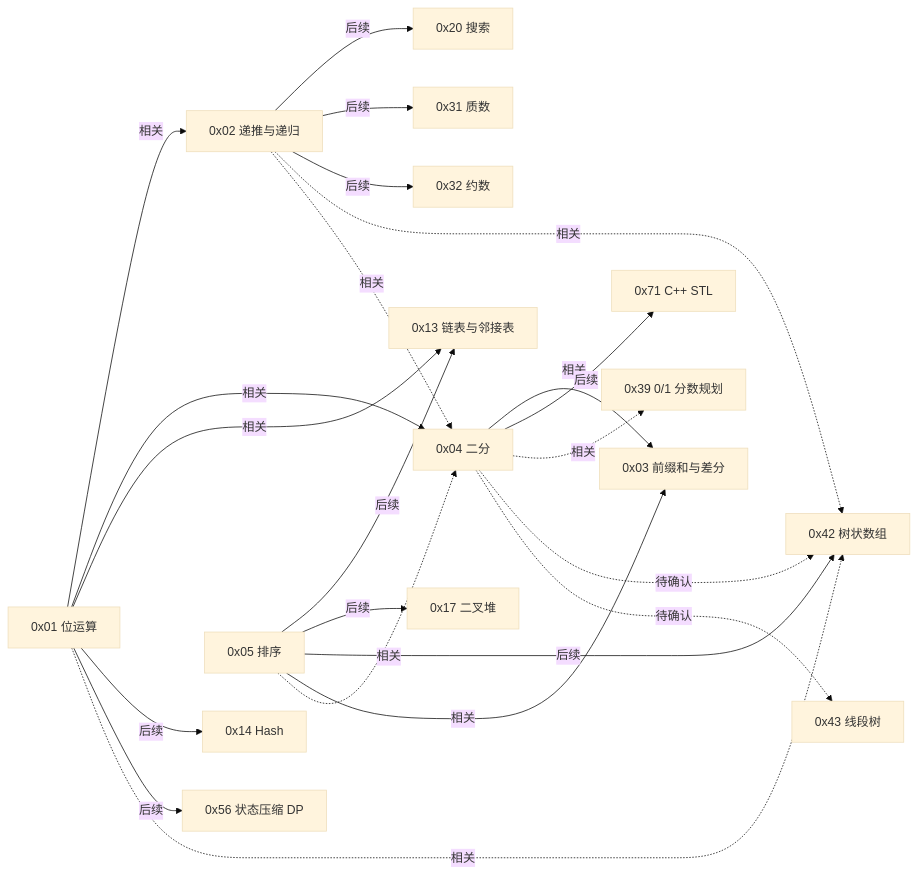
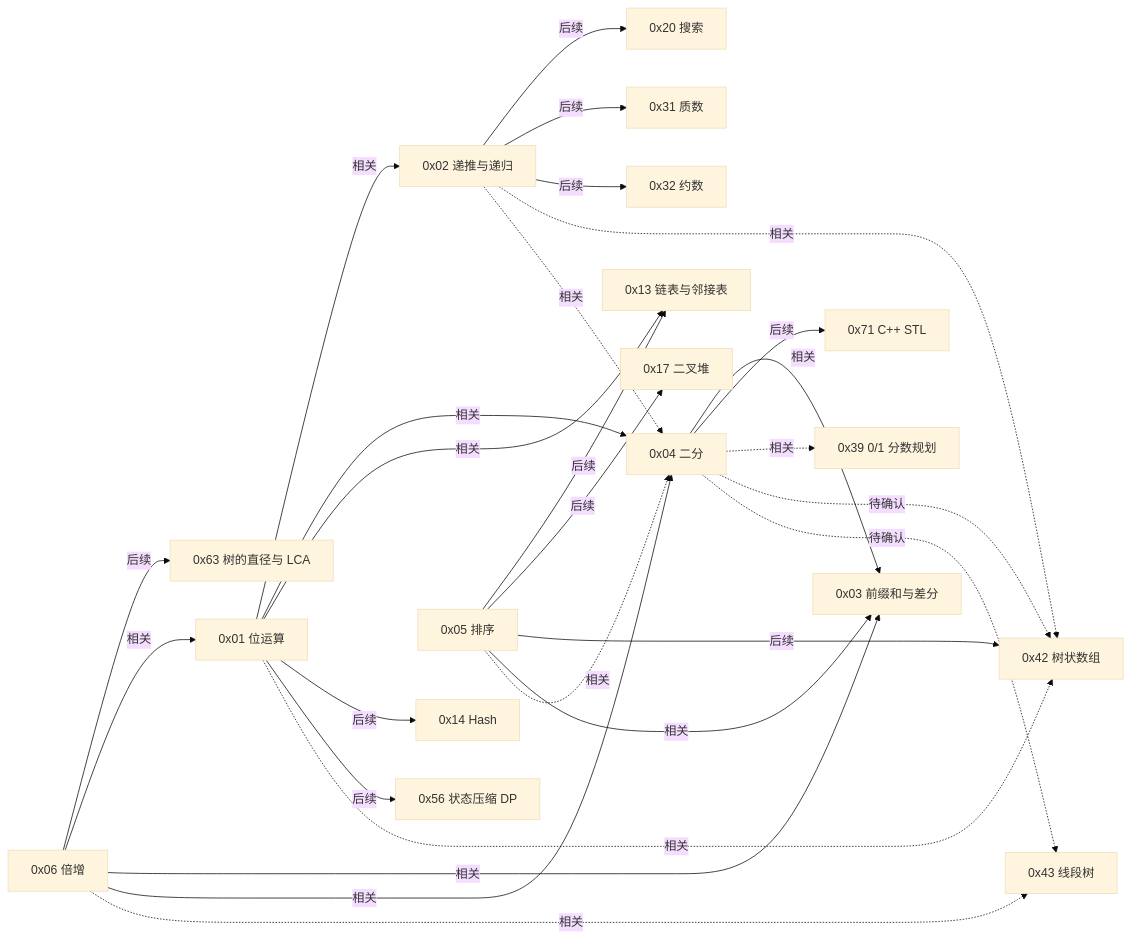
One commit to RobateV/algorithm-visualizer changed the first of 2 diagrams in docs/knowledge-base/dependency-map.md. Above: the diagram before and after it, drawn with Mermaid (base theme). The commit also changed other lines of this file and 5 other files, not shown here.

````diff
--- a/docs/knowledge-base/dependency-map.md
+++ b/docs/knowledge-base/dependency-map.md
@@ -18,24 +18,29 @@
 ```mermaid
 graph LR
   B01[0x01 位运算] -->|相关| B02[0x02 递推与递归]
   B01 -->|相关| B04[0x04 二分]
   B01 -->|相关| B13[0x13 链表与邻接表]
   B01 -->|后续| B14[0x14 Hash]
   B01 -->|后续| B56[0x56 状态压缩 DP]
   B01 -.->|相关| B42[0x42 树状数组]
   B02 -->|后续| B20[0x20 搜索]
   B02 -->|后续| B31[0x31 质数]
   B02 -->|后续| B32[0x32 约数]
   B02 -.->|相关| B42
   B02 -.->|相关| B04
   B04 -->|相关| B03[0x03 前缀和与差分]
   B04 -->|后续| B71[0x71 C++ STL]
   B04 -.->|相关| B39[0x39 0/1 分数规划]
   B04 ..->|待确认| B42
   B04 ..->|待确认| B43[0x43 线段树]
   B05[0x05 排序] -->|后续| B13[0x13 链表与邻接表]
   B05 -->|后续| B17[0x17 二叉堆]
   B05 -->|后续| B42[0x42 树状数组]
   B05 -->|相关| B03
   B05 -.->|相关| B04
+  B06[0x06 倍增] -->|后续| B63[0x63 树的直径与 LCA]
+  B06 -->|相关| B01
+  B06 -->|相关| B03
+  B06 -->|相关| B04
+  B06 -.->|相关| B43
 ```
````
